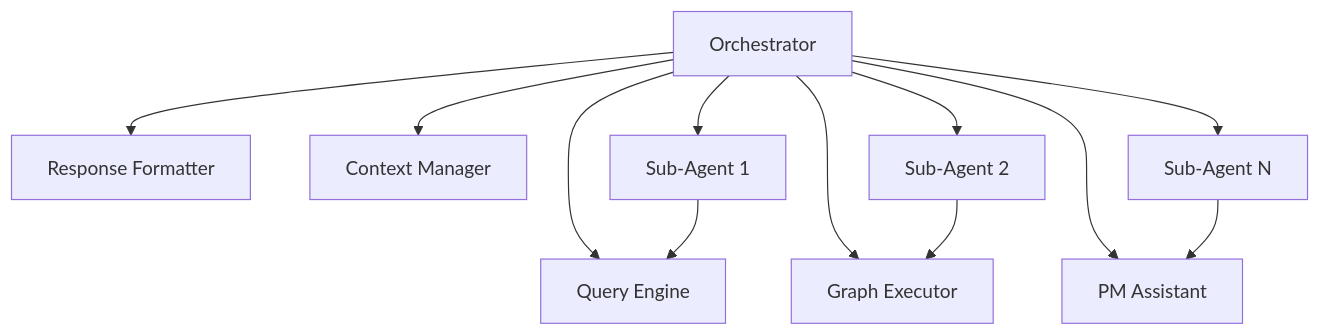
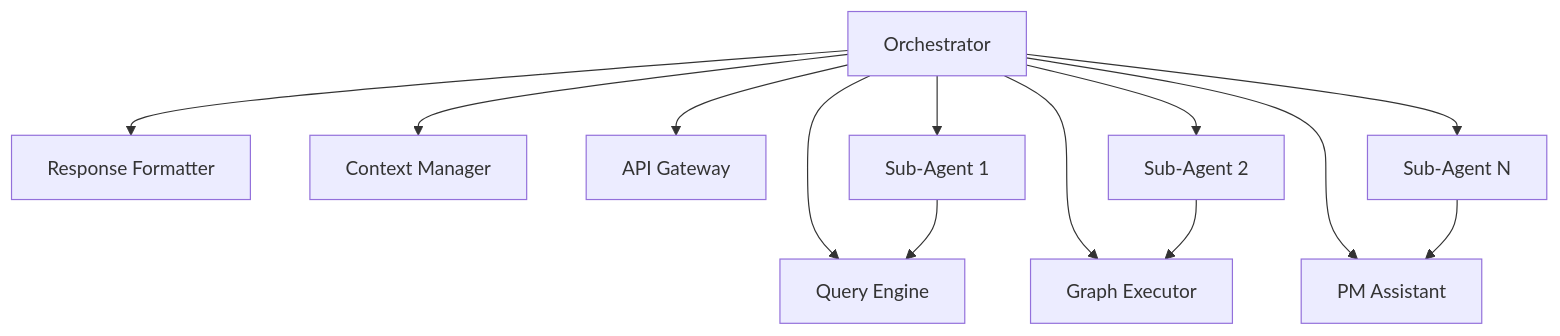
The diagram in REBUILD_DOCS/development_tools/SUB_AGENT_ORCHESTRATION_SPEC.md (kyleclarktech/stunning-lamp), drawn with Mermaid before and after one commit. The commit also changed other lines of this file and 3 other files, not shown here.

````diff
--- a/REBUILD_DOCS/development_tools/SUB_AGENT_ORCHESTRATION_SPEC.md
+++ b/REBUILD_DOCS/development_tools/SUB_AGENT_ORCHESTRATION_SPEC.md
@@ -17,16 +17,17 @@
 ```mermaid
 graph TD
     O[Orchestrator] --> QE[Query Engine]
     O --> GE[Graph Executor]
     O --> PM[PM Assistant]
     O --> RF[Response Formatter]
     O --> CM[Context Manager]
+    O --> AG[API Gateway]
     
     O --> SA1[Sub-Agent 1]
     O --> SA2[Sub-Agent 2]
     O --> SA3[Sub-Agent N]
     
     SA1 --> QE
     SA2 --> GE
     SA3 --> PM
 ```
````
